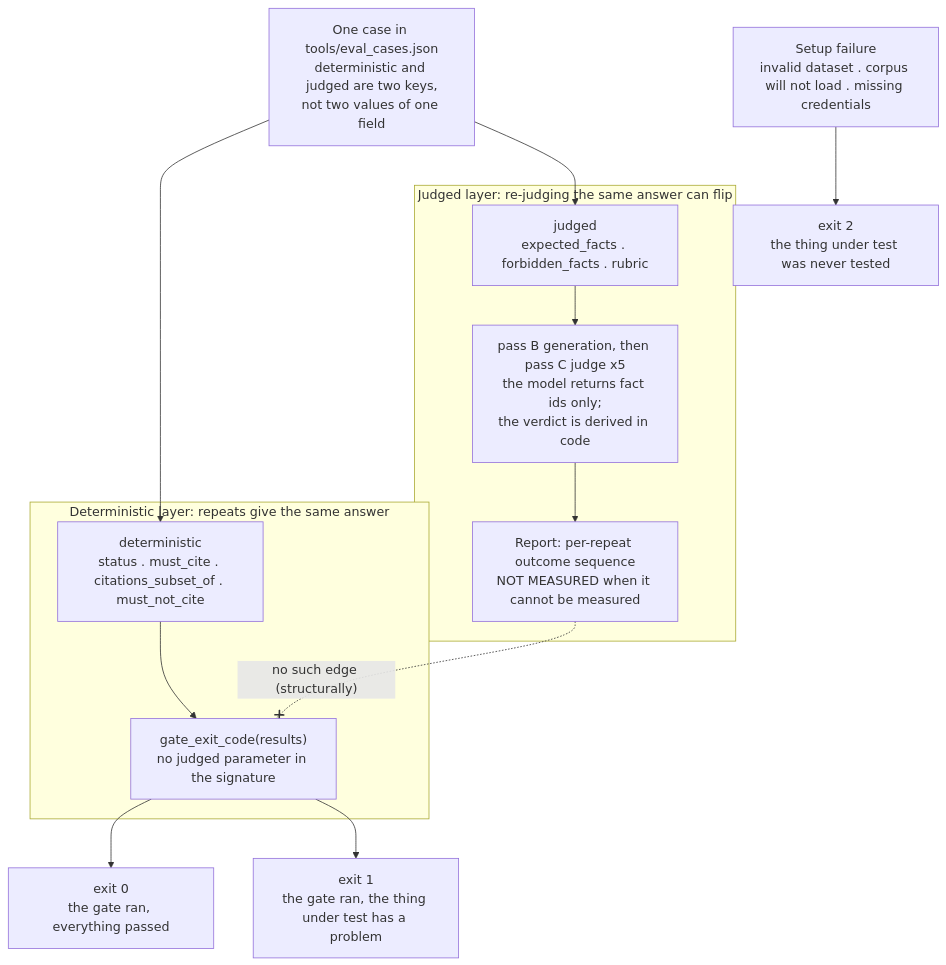
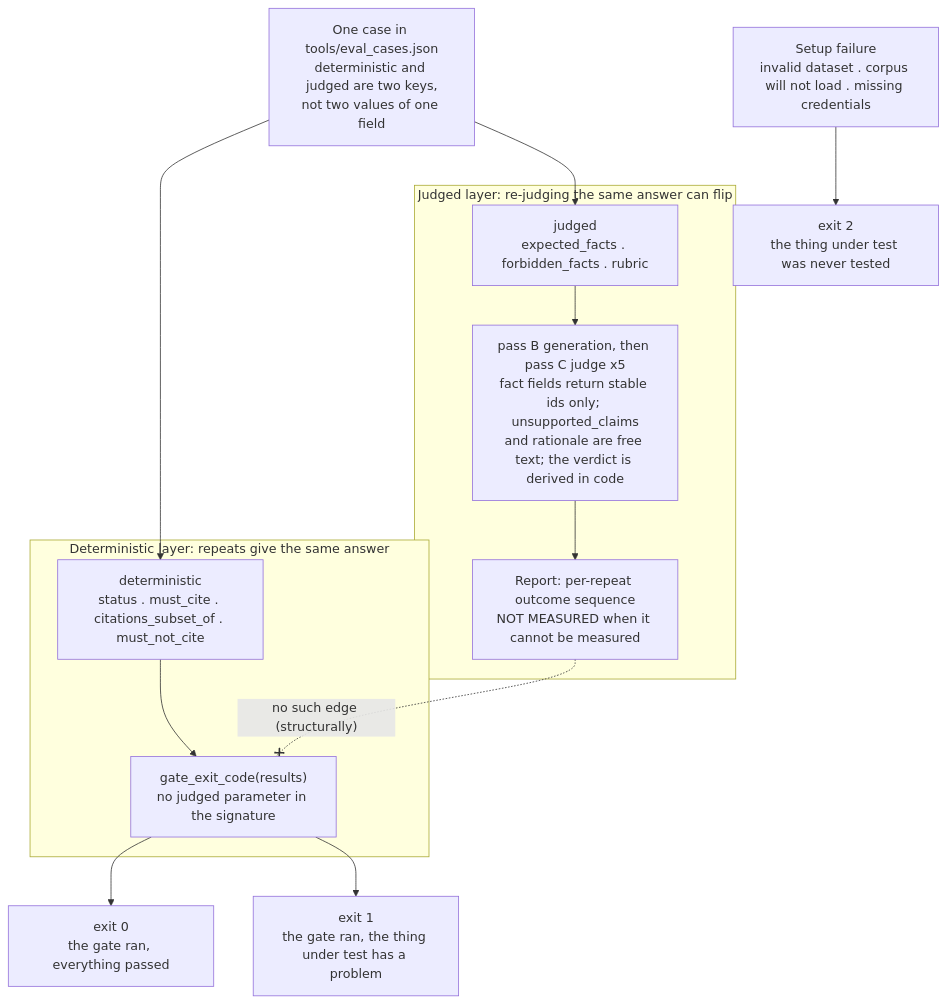
One commit to kehao-playground/azure-genai-backend-lab changed the diagram in docs/diagrams/eval-two-layers.md. Above: the diagram before and after it, drawn with Mermaid. The commit also changed 5 other files, not shown here.

Commit message:
docs: narrow judge-contract and evidence-chain claims per Day 28 article review R1-R4, R8

````diff
--- a/docs/diagrams/eval-two-layers.md
+++ b/docs/diagrams/eval-two-layers.md
@@ -19,31 +19,31 @@
 ```mermaid
 flowchart TB
     case["One case in tools/eval_cases.json<br/>deterministic and judged are two keys,<br/>not two values of one field"]
 
     subgraph detside["Deterministic layer: repeats give the same answer"]
         det["deterministic<br/>status . must_cite . citations_subset_of . must_not_cite"]
         gate["gate_exit_code(results)<br/>no judged parameter in the signature"]
         det --> gate
     end
 
     subgraph judside["Judged layer: re-judging the same answer can flip"]
         jud["judged<br/>expected_facts . forbidden_facts . rubric"]
-        judge["pass B generation, then pass C judge x5<br/>the model returns fact ids only;<br/>the verdict is derived in code"]
+        judge["pass B generation, then pass C judge x5<br/>fact fields return stable ids only; unsupported_claims<br/>and rationale are free text; the verdict is derived in code"]
         report["Report: per-repeat outcome sequence<br/>NOT MEASURED when it cannot be measured"]
         jud --> judge --> report
     end
 
     case --> det
     case --> jud
 
     ok["exit 0<br/>the gate ran, everything passed"]
     bad["exit 1<br/>the gate ran, the thing under test has a problem"]
     gate --> ok
     gate --> bad
 
     setup["Setup failure<br/>invalid dataset . corpus will not load . missing credentials"]
     two["exit 2<br/>the thing under test was never tested"]
     setup --> two
 
     report -. "no such edge (structurally)" .-x gate
 ```
````
